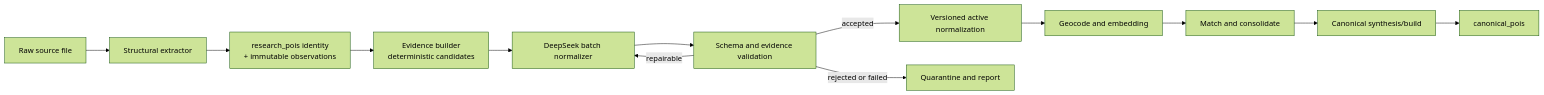
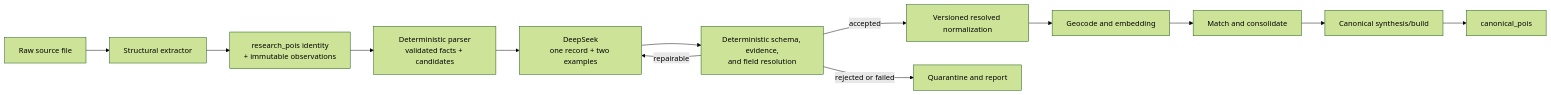
The diagram in .cursor/plans/poi-llm-normalization.md (paulshorey/map), drawn with Mermaid (forest theme) before and after one commit. The commit also changed other lines of this file and 3 other files, not shown here.

````diff
--- a/.cursor/plans/poi-llm-normalization.md
+++ b/.cursor/plans/poi-llm-normalization.md
@@ -174,15 +190,15 @@
 ```mermaid
 flowchart LR
   A[Raw source file] --> B[Structural extractor]
   B --> C[research_pois identity<br/>+ immutable observations]
-  C --> D[Evidence builder<br/>deterministic candidates]
-  D --> E[DeepSeek batch normalizer]
-  E --> F[Schema and evidence validation]
+  C --> D[Deterministic parser<br/>validated facts + candidates]
+  D --> E[DeepSeek<br/>one record + two examples]
+  E --> F[Deterministic schema, evidence,<br/>and field resolution]
   F -->|repairable| E
-  F -->|accepted| G[Versioned active normalization]
+  F -->|accepted| G[Versioned resolved normalization]
   F -->|rejected or failed| H[Quarantine and report]
   G --> I[Geocode and embedding]
   I --> J[Match and consolidate]
   J --> K[Canonical synthesis/build]
   K --> L[canonical_pois]
 ```
````
